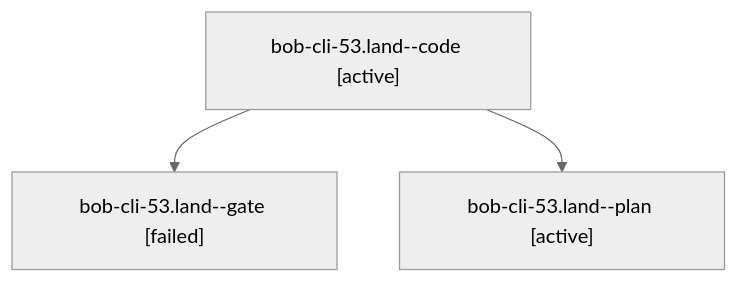
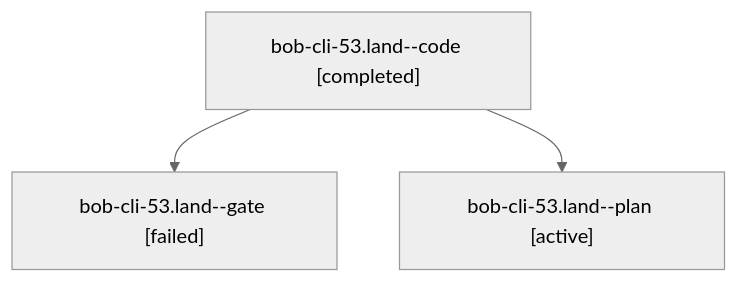
One commit to bobs-org/bob-cli--agents changed the diagram in sessions/bbugyi200.athena.bob-cli-53.land.md. Above: the diagram before and after it, drawn with Mermaid (neutral theme). The commit also changed other lines of this file and 29 other files, not shown here.

````diff
--- a/sessions/bbugyi200.athena.bob-cli-53.land.md
+++ b/sessions/bbugyi200.athena.bob-cli-53.land.md
@@ -9,8 +9,8 @@
 ```mermaid
 flowchart TD
-  n0["bob-cli-53.land--code [active]"]
+  n0["bob-cli-53.land--code [completed]"]
   n1["bob-cli-53.land--gate [failed]"]
   n0 --> n1
   n2["bob-cli-53.land--plan [active]"]
   n0 --> n2
 ```
````
